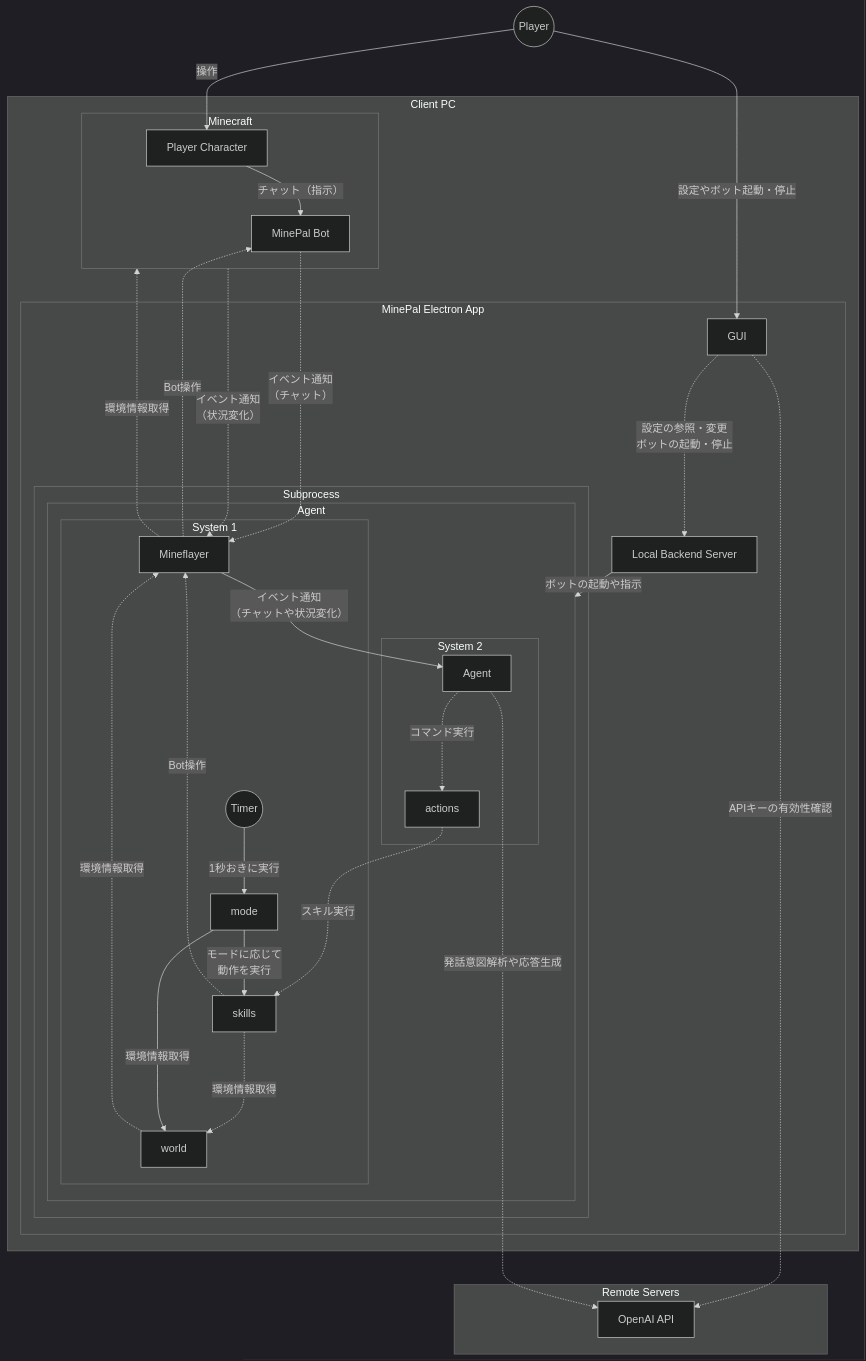
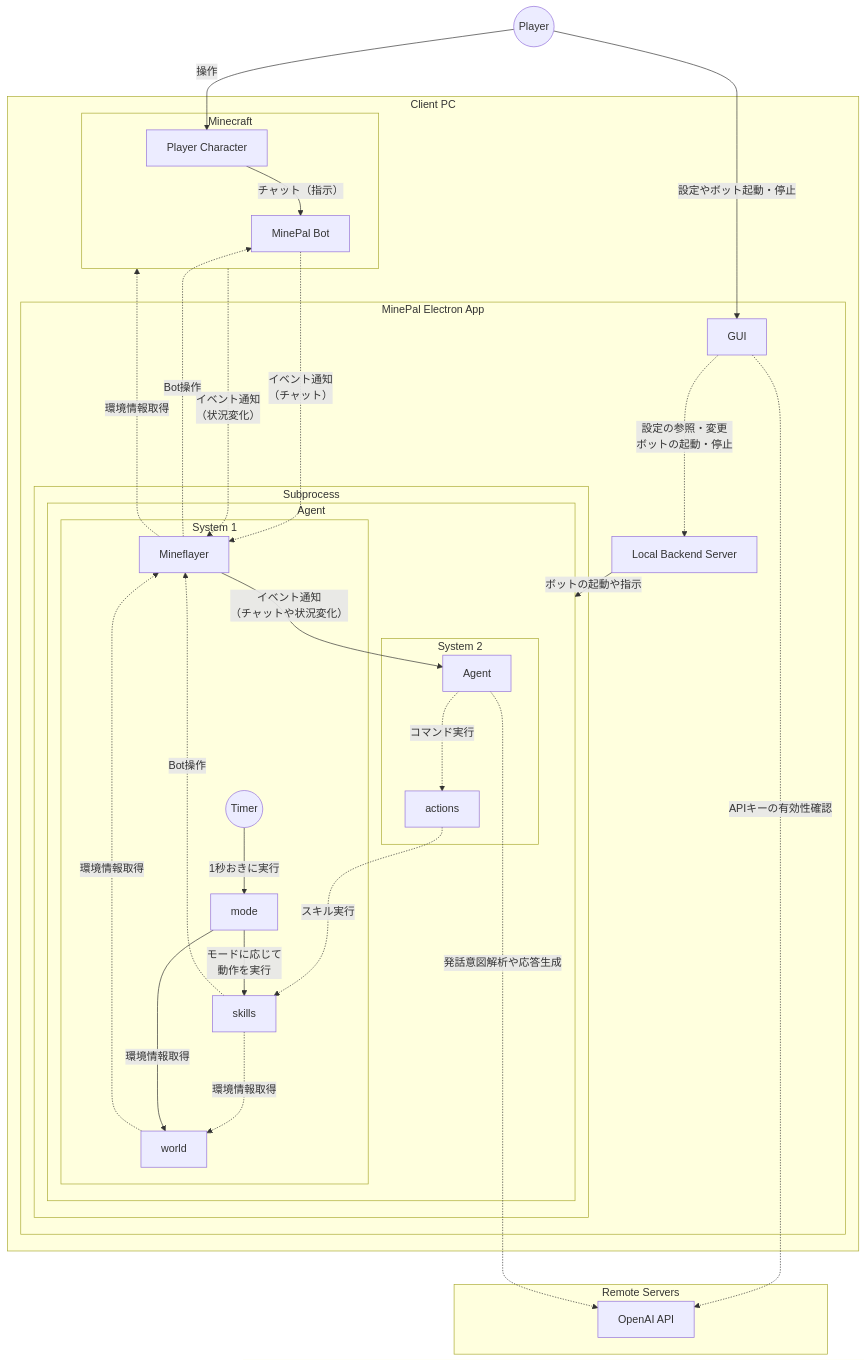
Before and after one commit to NeoRussia/MinePal: the diagram in README.md, drawn with Mermaid. The commit also changed other lines of this file, not shown here.

````diff
--- a/README.md
+++ b/README.md
@@ -9,58 +10,57 @@
 ```mermaid
-%%{init:{'theme':'dark'}}%%
 graph TD
 	Player((Player))
 	
 	subgraph Client PC
 		
 		subgraph Minecraft
 			Player_Character[Player Character]
 			MinePal_Bot[MinePal Bot]
 		end
 		
 		subgraph MinePal Electron App
 			GUI[GUI]
 			Local_Server[Local Backend Server]
 			subgraph Subprocess
 				subgraph Agent
 					subgraph System 1
 					  Mineflayer
 					  mode
 					  skills
 					  world
 					  Timer((Timer))
 					end
 					subgraph System 2
 						Agent_[Agent]
 						actions
 					end
 				end
 			end
 		end
 	end
 	
 	subgraph Remote Servers
 		OpenAI_API[OpenAI API]
 	end
 	
 	Player -->|操作| Player_Character
 	Player -->|設定やボット起動・停止| GUI
   GUI -..->|設定の参照・変更<br>ボットの起動・停止| Local_Server
   GUI -.......->|APIキーの有効性確認| OpenAI_API
   Local_Server -->|ボットの起動や指示| Agent
   Mineflayer -->|イベント通知<br>（チャットや状況変化）| Agent_
   Agent_ -..->|コマンド実行| actions
   actions -..->|スキル実行| skills
   skills -..->|Bot操作| Mineflayer
   Mineflayer -..->|Bot操作| MinePal_Bot
   skills -..->|環境情報取得| world
   world -..->|環境情報取得| Mineflayer
   Mineflayer -..->|環境情報取得| Minecraft
   MinePal_Bot -...->|イベント通知<br>（チャット）| Mineflayer
   Minecraft -..->|イベント通知<br>（状況変化）| Mineflayer
 	Player_Character -->|チャット（指示）| MinePal_Bot
   Agent_ -.......->|発話意図解析や応答生成| OpenAI_API
   Timer -->|1秒おきに実行| mode
   mode -->|モードに応じて<br>動作を実行| skills
   mode -->|環境情報取得| world
 ```
````
